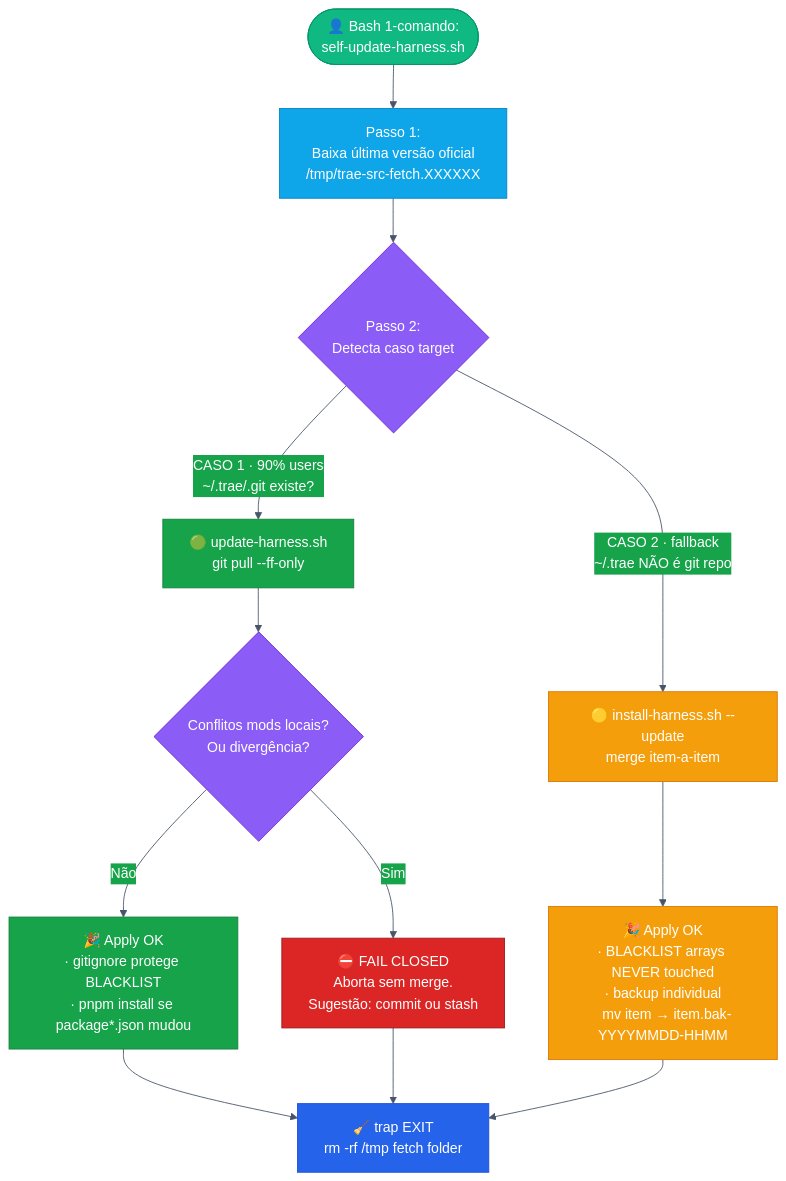
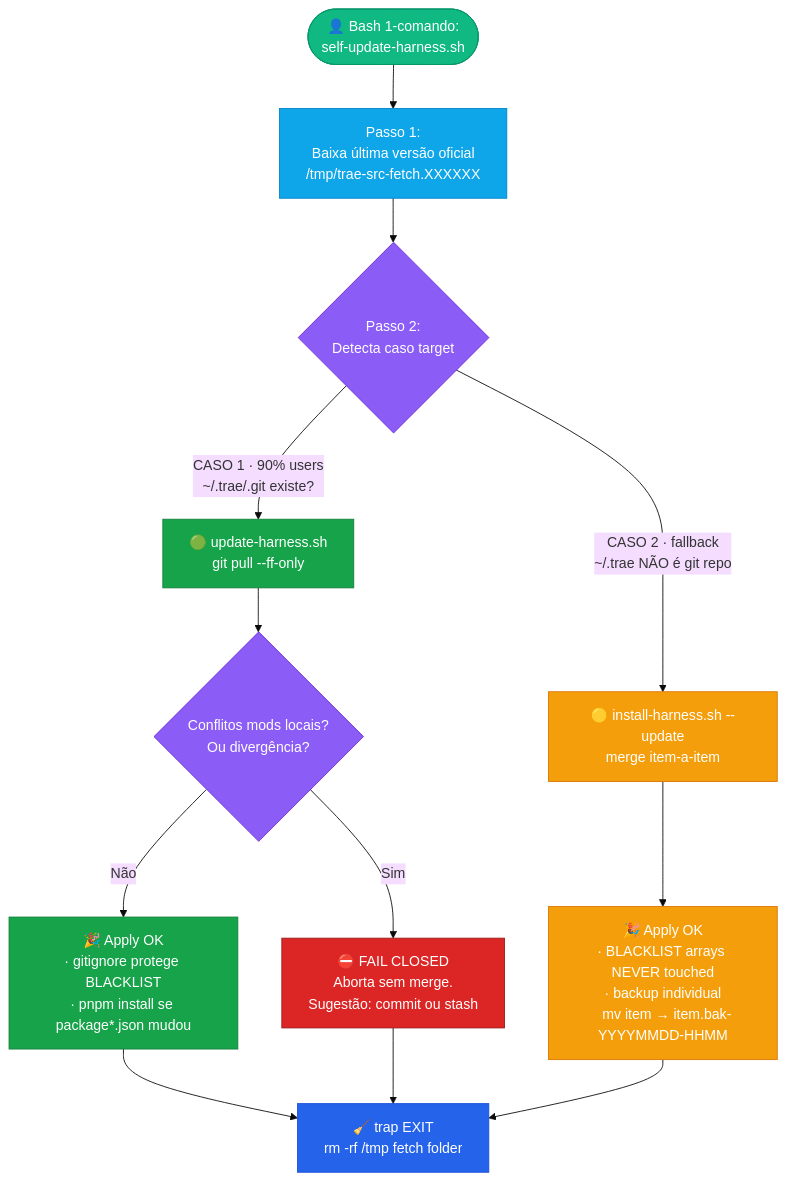
Before and after one commit to laionazeredo/che-ai: the third of 3 diagrams in README.md, drawn with Mermaid. The commit also changed other lines of this file and 1 other file, not shown here.

First line of the commit message:
docs(harness): fix mermaid diagram renders + document Node.js graph engines fallback chain

````diff
--- a/README.md
+++ b/README.md
@@ -186,31 +195,28 @@
 ```mermaid
-%%{init: {'theme':'base', 'themeVariables': {
-  'primaryColor':'#0F766E', 'primaryTextColor':'#ffffff',
-  'lineColor':'#475569','secondaryColor':'#16A34A','tertiaryColor':'#F59E0B'
-}}}%%
+%%{init: {'theme':'base'}}%%
 flowchart TD
     A([👤 Bash 1-comando:\nself-update-harness.sh]) --> B[Passo 1:\nBaixa última versão oficial\n/tmp/trae-src-fetch.XXXXXX]
     B --> C{Passo 2:\nDetecta caso target}
     C -->|CASO 1 · 90% users\n~/.trae/.git existe?| D1[🟢 update-harness.sh\ngit pull --ff-only]
     C -->|CASO 2 · fallback\n~/.trae NÃO é git repo| D2[🟡 install-harness.sh --update\nmerge item-a-item]
     D1 --> E{Conflitos mods locais?\nOu divergência?}
     E -->|Não| F1[🎉 Apply OK\n· gitignore protege BLACKLIST\n· pnpm install se package*.json mudou]
     E -->|Sim| G1[⛔ FAIL CLOSED\nAborta sem merge.\nSugestão: commit ou stash]
     D2 --> F2[🎉 Apply OK\n· BLACKLIST arrays NEVER touched\n· backup individual\n  mv item → item.bak-YYYYMMDD-HHMM]
     F1 & F2 & G1 --> CLEAN[🧹 trap EXIT\nrm -rf /tmp fetch folder]
 
     classDef user fill:#10B981,stroke:#059669,color:#fff
     classDef fetch fill:#0EA5E9,stroke:#0284C7,color:#fff
     classDef decision fill:#8B5CF6,stroke:#6D28D9,color:#fff
     classDef caso1 fill:#16A34A,stroke:#15803D,color:#fff
     classDef caso2 fill:#F59E0B,stroke:#D97706,color:#fff
     classDef fail fill:#DC2626,stroke:#991B1B,color:#fff
     classDef ok fill:#2563EB,stroke:#1D4ED8,color:#fff
     class A user
     class B fetch
     class C,E decision
     class D1,F1 caso1
     class D2,F2 caso2
     class G1 fail
     class CLEAN ok
 ```
````
